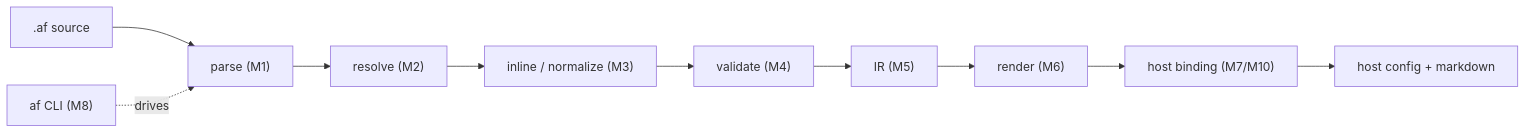
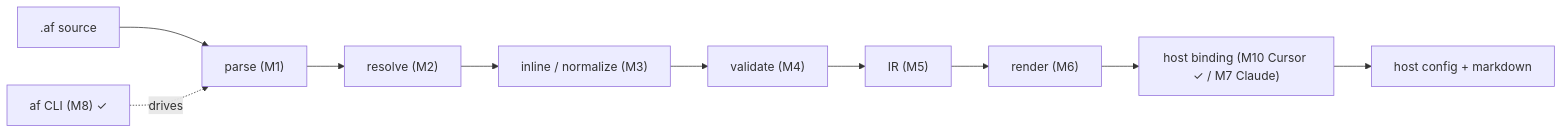
Before and after one commit to Abhinand20/agentFlow: the diagram in WALKTHROUGH.md, drawn with Mermaid. The commit also changed other lines of this file and 5 other files, not shown here.

````diff
--- a/WALKTHROUGH.md
+++ b/WALKTHROUGH.md
@@ -58,12 +60,12 @@
 ```mermaid
 flowchart LR
   src[".af source"] --> parse["parse (M1)"]
   parse --> resolve["resolve (M2)"]
   resolve --> inline["inline / normalize (M3)"]
   inline --> validate["validate (M4)"]
   validate --> ir["IR (M5)"]
   ir --> render["render (M6)"]
-  render --> bind["host binding (M7/M10)"]
+  render --> bind["host binding (M10 Cursor ✓ / M7 Claude)"]
   bind --> files["host config + markdown"]
-  cli["af CLI (M8)"] -.drives.-> parse
+  cli["af CLI (M8) ✓"] -.drives.-> parse
 ```
````
